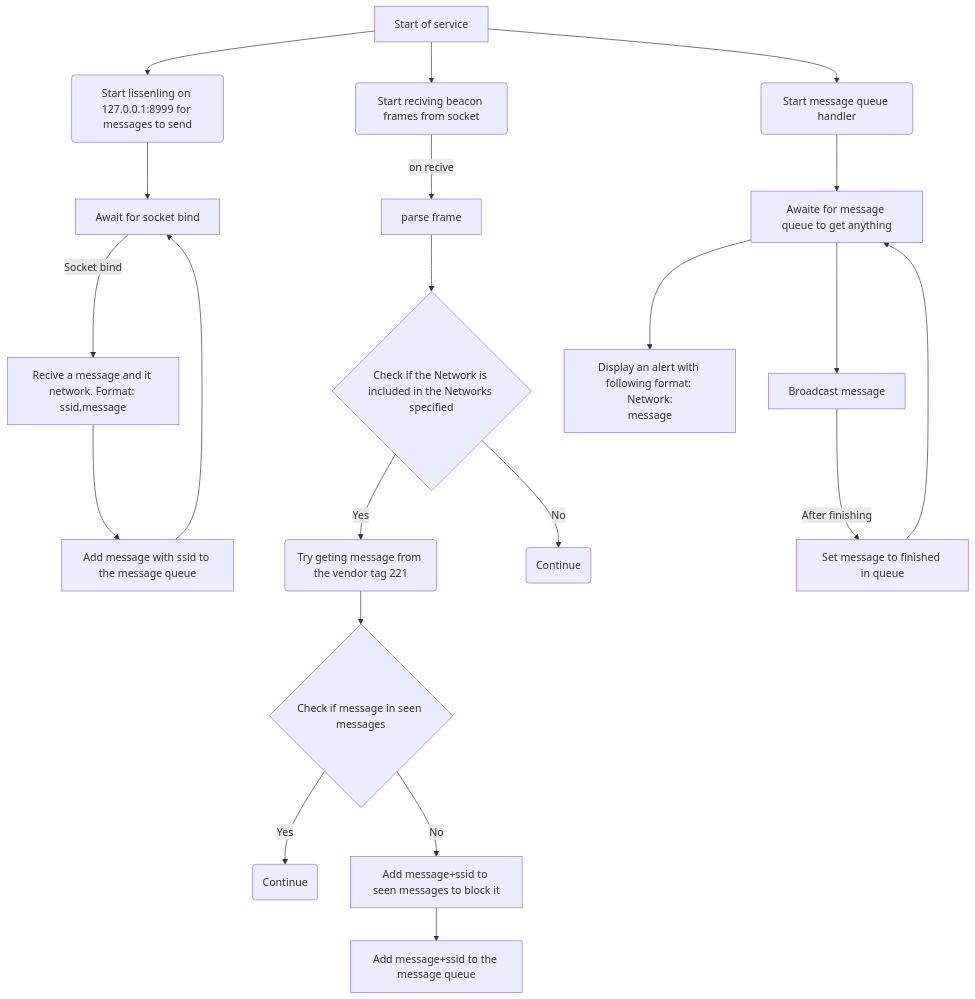
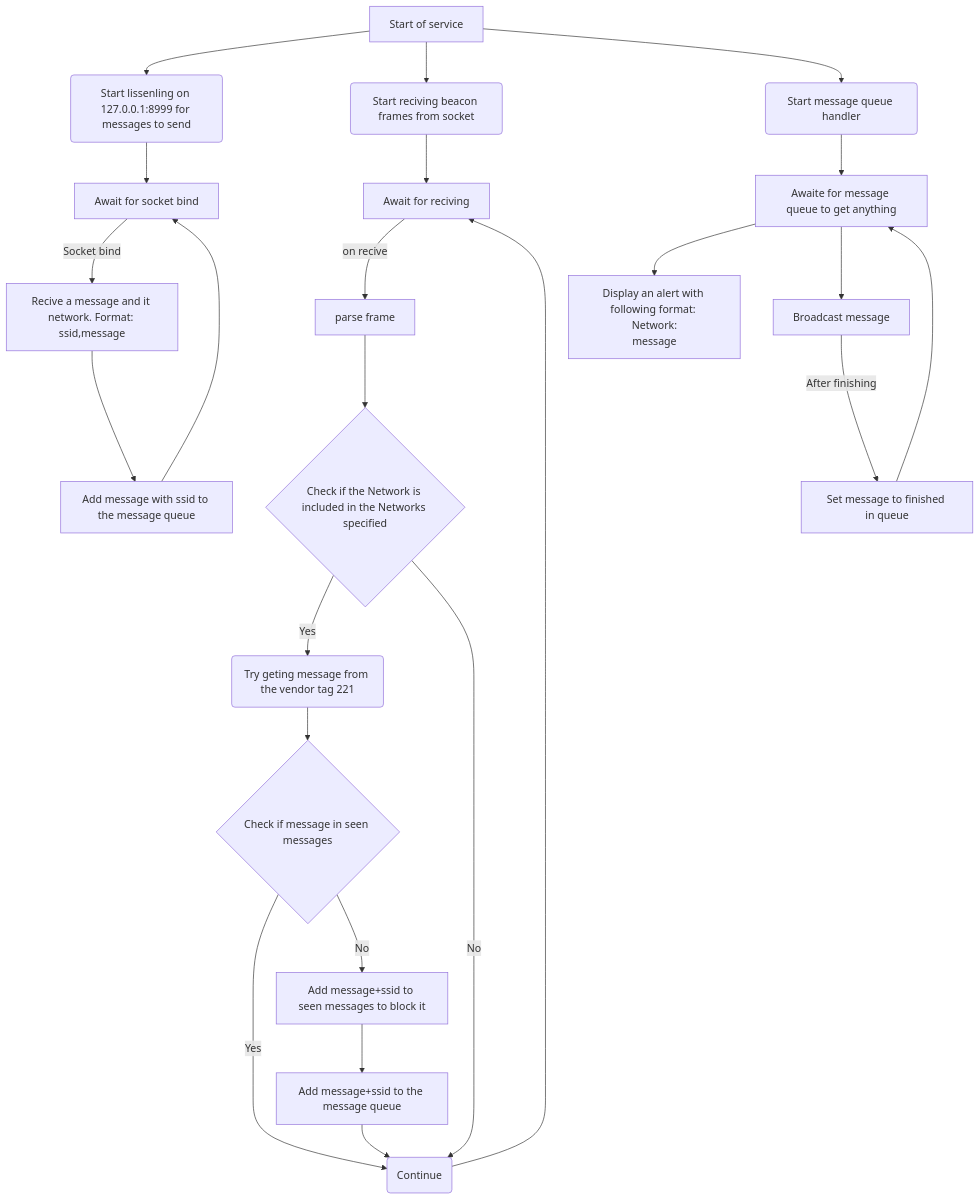
The diagram in library/user/pager2pager/README.md (hak5/wifipineapplepager-payloads), drawn with Mermaid before and after one commit. The commit also changed other lines of this file, not shown here.

````diff
--- a/library/user/pager2pager/README.md
+++ b/library/user/pager2pager/README.md
@@ -35,29 +45,32 @@
 ```mermaid
 flowchart TD
     A[Start of service] --> B(Start lissenling on 127.0.0.1:8999 for messages to send)
     A --> C(Start reciving beacon frames from socket)
     A --> D(Start message queue handler)
 
     B --> BA[Await for socket bind]
     BA -->|Socket bind| BB[Recive a message and it network. Format: ssid,message]
     BB --> BC[Add message with ssid to the message queue]
     BC --> BA
 
-    C -->|on recive| CA[parse frame]
+    C --> CC[Await for reciving]
+    CC -->|on recive| CA[parse frame]
     CA --> CB{Check if the Network is included in the Networks specified}
     CB -->|Yes| CBA(Try geting message from the vendor tag 221)
     CB -->|No| CBD(Continue)
+    CBD --> CC
     CBA --> CBB{Check if message in seen messages}
-    CBB -->|Yes| CBBA(Continue)
+    CBB -->|Yes| CBD
     CBB -->|No| CBBB[Add message+ssid to seen messages to block it]
     CBBB --> CBBC[Add message+ssid to the message queue]
+    CBBC --> CBD
 
     D --> DA[Awaite for message queue to get anything]
     DA --> DAA[Display an alert with following format: 
 Network:
 message
     ]
     DA --> DAB[Broadcast message]
     DAB -->|After finishing| DAC[Set message to finished in queue]
     DAC --> DA
 ```
````
